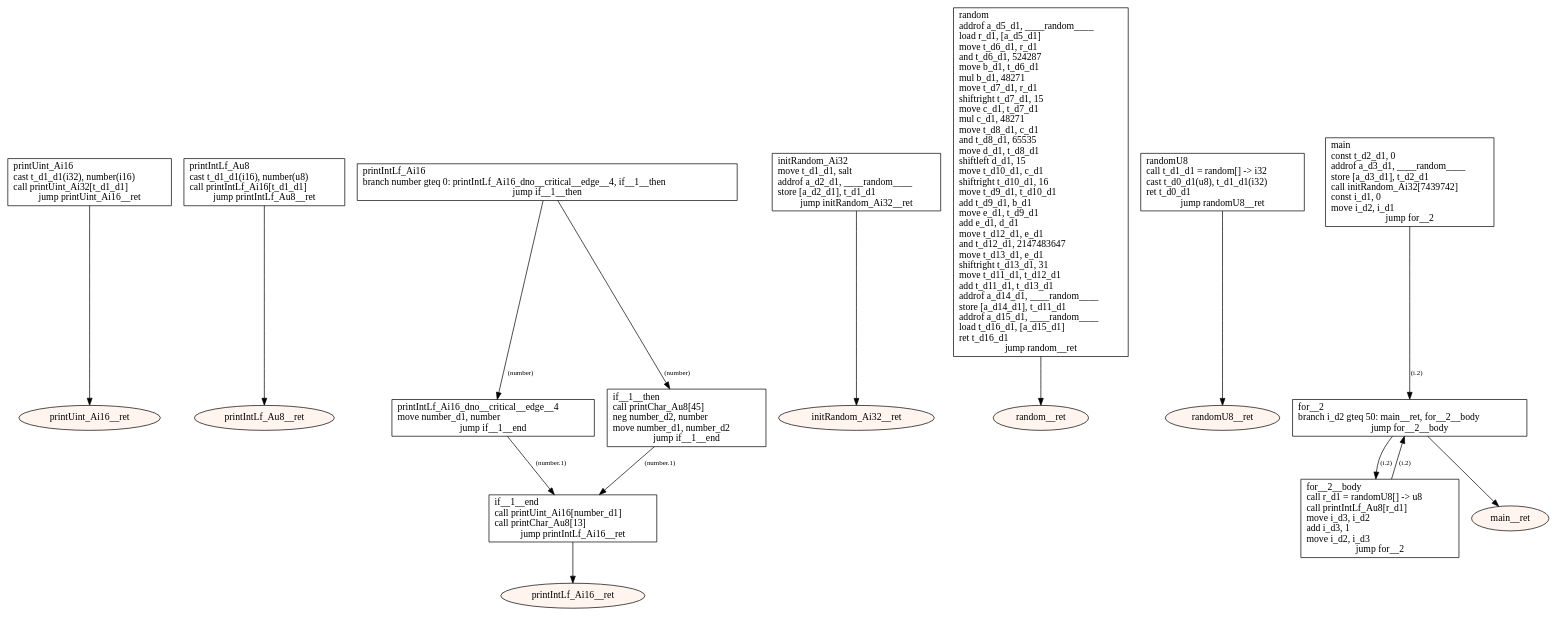
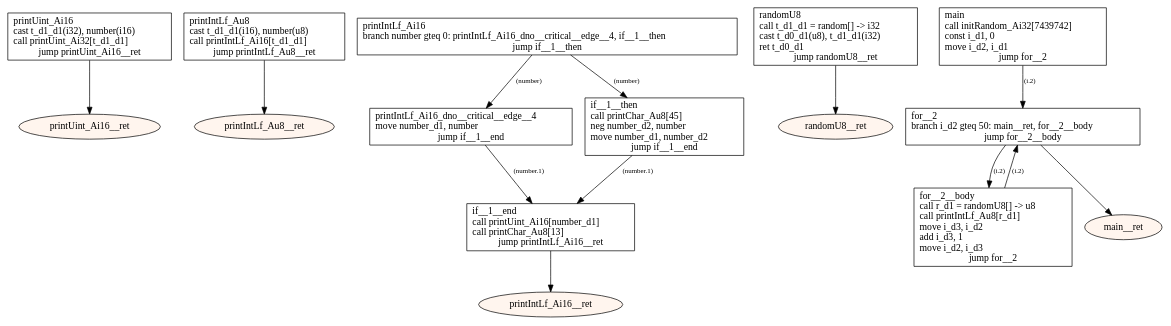
The diagram in src/main/resources-test/compiler/z8/prng.dot (tmssngr/tinyC), drawn with Graphviz before and after one commit. The commit also changed 37 other files, not shown here.

```diff
--- a/src/main/resources-test/compiler/z8/prng.dot
+++ b/src/main/resources-test/compiler/z8/prng.dot
@@ -1,50 +1,40 @@
 digraph program {
 	edge[fontsize="10pt"];
 	subgraph fn_printUint_Ai16 {
 		BasicBlock_0_printUint_Ai16 [label="printUint_Ai16\lcast t_d1_d1(i32), number(i16)\lcall printUint_Ai32[t_d1_d1]\ljump printUint_Ai16__ret",shape=box];
 		BasicBlock_0_printUint_Ai16 -> BasicBlock_0_printUint_Ai16__ret;
 		BasicBlock_0_printUint_Ai16__ret [label="printUint_Ai16__ret",shape=oval,style=filled,fillcolor="#fff5ee"];
 	}
 	subgraph fn_printIntLf_Au8 {
 		BasicBlock_1_printIntLf_Au8 [label="printIntLf_Au8\lcast t_d1_d1(i16), number(u8)\lcall printIntLf_Ai16[t_d1_d1]\ljump printIntLf_Au8__ret",shape=box];
 		BasicBlock_1_printIntLf_Au8 -> BasicBlock_1_printIntLf_Au8__ret;
 		BasicBlock_1_printIntLf_Au8__ret [label="printIntLf_Au8__ret",shape=oval,style=filled,fillcolor="#fff5ee"];
 	}
 	subgraph fn_printIntLf_Ai16 {
 		BasicBlock_2_printIntLf_Ai16 [label="printIntLf_Ai16\lbranch number gteq 0: printIntLf_Ai16_dno__critical__edge__4, if__1__then\ljump if__1__then",shape=box];
 		BasicBlock_2_printIntLf_Ai16 -> BasicBlock_2_printIntLf_Ai16_dno__critical__edge__4 [label="(number)"];
 		BasicBlock_2_printIntLf_Ai16 -> BasicBlock_2_if__1__then [label="(number)"];
 		BasicBlock_2_printIntLf_Ai16_dno__critical__edge__4 [label="printIntLf_Ai16_dno__critical__edge__4\lmove number_d1, number\ljump if__1__end",shape=box];
 		BasicBlock_2_printIntLf_Ai16_dno__critical__edge__4 -> BasicBlock_2_if__1__end [label="(number.1)"];
 		BasicBlock_2_if__1__then [label="if__1__then\lcall printChar_Au8[45]\lneg number_d2, number\lmove number_d1, number_d2\ljump if__1__end",shape=box];
 		BasicBlock_2_if__1__then -> BasicBlock_2_if__1__end [label="(number.1)"];
 		BasicBlock_2_if__1__end [label="if__1__end\lcall printUint_Ai16[number_d1]\lcall printChar_Au8[13]\ljump printIntLf_Ai16__ret",shape=box];
 		BasicBlock_2_if__1__end -> BasicBlock_2_printIntLf_Ai16__ret;
 		BasicBlock_2_printIntLf_Ai16__ret [label="printIntLf_Ai16__ret",shape=oval,style=filled,fillcolor="#fff5ee"];
 	}
-	subgraph fn_initRandom_Ai32 {
-		BasicBlock_3_initRandom_Ai32 [label="initRandom_Ai32\lmove t_d1_d1, salt\laddrof a_d2_d1, ____random____\lstore [a_d2_d1], t_d1_d1\ljump initRandom_Ai32__ret",shape=box];
-		BasicBlock_3_initRandom_Ai32 -> BasicBlock_3_initRandom_Ai32__ret;
-		BasicBlock_3_initRandom_Ai32__ret [label="initRandom_Ai32__ret",shape=oval,style=filled,fillcolor="#fff5ee"];
-	}
-	subgraph fn_random {
-		BasicBlock_4_random [label="random\laddrof a_d5_d1, ____random____\lload r_d1, [a_d5_d1]\lmove t_d6_d1, r_d1\land t_d6_d1, 524287\lmove b_d1, t_d6_d1\lmul b_d1, 48271\lmove t_d7_d1, r_d1\lshiftright t_d7_d1, 15\lmove c_d1, t_d7_d1\lmul c_d1, 48271\lmove t_d8_d1, c_d1\land t_d8_d1, 65535\lmove d_d1, t_d8_d1\lshiftleft d_d1, 15\lmove t_d10_d1, c_d1\lshiftright t_d10_d1, 16\lmove t_d9_d1, t_d10_d1\ladd t_d9_d1, b_d1\lmove e_d1, t_d9_d1\ladd e_d1, d_d1\lmove t_d12_d1, e_d1\land t_d12_d1, 2147483647\lmove t_d13_d1, e_d1\lshiftright t_d13_d1, 31\lmove t_d11_d1, t_d12_d1\ladd t_d11_d1, t_d13_d1\laddrof a_d14_d1, ____random____\lstore [a_d14_d1], t_d11_d1\laddrof a_d15_d1, ____random____\lload t_d16_d1, [a_d15_d1]\lret t_d16_d1\ljump random__ret",shape=box];
-		BasicBlock_4_random -> BasicBlock_4_random__ret;
-		BasicBlock_4_random__ret [label="random__ret",shape=oval,style=filled,fillcolor="#fff5ee"];
-	}
 	subgraph fn_randomU8 {
-		BasicBlock_5_randomU8 [label="randomU8\lcall t_d1_d1 = random[] -> i32\lcast t_d0_d1(u8), t_d1_d1(i32)\lret t_d0_d1\ljump randomU8__ret",shape=box];
-		BasicBlock_5_randomU8 -> BasicBlock_5_randomU8__ret;
-		BasicBlock_5_randomU8__ret [label="randomU8__ret",shape=oval,style=filled,fillcolor="#fff5ee"];
+		BasicBlock_3_randomU8 [label="randomU8\lcall t_d1_d1 = random[] -> i32\lcast t_d0_d1(u8), t_d1_d1(i32)\lret t_d0_d1\ljump randomU8__ret",shape=box];
+		BasicBlock_3_randomU8 -> BasicBlock_3_randomU8__ret;
+		BasicBlock_3_randomU8__ret [label="randomU8__ret",shape=oval,style=filled,fillcolor="#fff5ee"];
 	}
 	subgraph fn_main {
-		BasicBlock_6_main [label="main\lconst t_d2_d1, 0\laddrof a_d3_d1, ____random____\lstore [a_d3_d1], t_d2_d1\lcall initRandom_Ai32[7439742]\lconst i_d1, 0\lmove i_d2, i_d1\ljump for__2",shape=box];
-		BasicBlock_6_main -> BasicBlock_6_for__2 [label="(i.2)"];
-		BasicBlock_6_for__2__body [label="for__2__body\lcall r_d1 = randomU8[] -> u8\lcall printIntLf_Au8[r_d1]\lmove i_d3, i_d2\ladd i_d3, 1\lmove i_d2, i_d3\ljump for__2",shape=box];
-		BasicBlock_6_for__2__body -> BasicBlock_6_for__2 [label="(i.2)"];
-		BasicBlock_6_for__2 [label="for__2\lbranch i_d2 gteq 50: main__ret, for__2__body\ljump for__2__body",shape=box];
-		BasicBlock_6_for__2 -> BasicBlock_6_main__ret;
-		BasicBlock_6_for__2 -> BasicBlock_6_for__2__body [label="(i.2)"];
-		BasicBlock_6_main__ret [label="main__ret",shape=oval,style=filled,fillcolor="#fff5ee"];
+		BasicBlock_4_main [label="main\lcall initRandom_Ai32[7439742]\lconst i_d1, 0\lmove i_d2, i_d1\ljump for__2",shape=box];
+		BasicBlock_4_main -> BasicBlock_4_for__2 [label="(i.2)"];
+		BasicBlock_4_for__2__body [label="for__2__body\lcall r_d1 = randomU8[] -> u8\lcall printIntLf_Au8[r_d1]\lmove i_d3, i_d2\ladd i_d3, 1\lmove i_d2, i_d3\ljump for__2",shape=box];
+		BasicBlock_4_for__2__body -> BasicBlock_4_for__2 [label="(i.2)"];
+		BasicBlock_4_for__2 [label="for__2\lbranch i_d2 gteq 50: main__ret, for__2__body\ljump for__2__body",shape=box];
+		BasicBlock_4_for__2 -> BasicBlock_4_main__ret;
+		BasicBlock_4_for__2 -> BasicBlock_4_for__2__body [label="(i.2)"];
+		BasicBlock_4_main__ret [label="main__ret",shape=oval,style=filled,fillcolor="#fff5ee"];
 	}
 }
```
